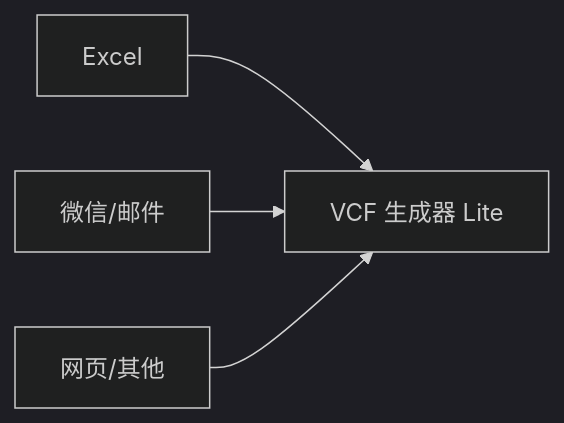
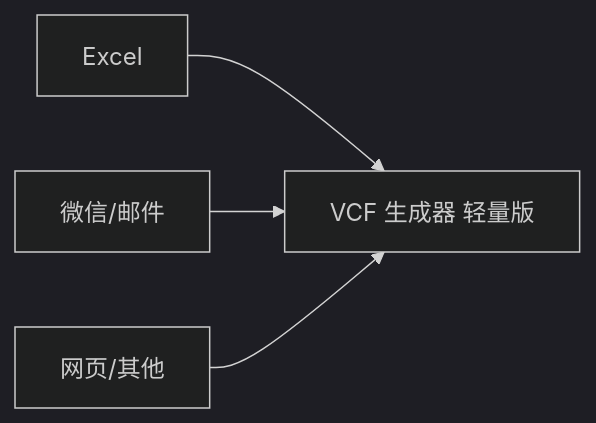
Before and after one commit to hellotool/VCFGeneratorLiteWithTkinter: the diagram in docs/guides/import-contacts.md, drawn with Mermaid (dark theme). The commit also changed other lines of this file and 22 other files, not shown here.

````diff
--- a/docs/guides/import-contacts.md
+++ b/docs/guides/import-contacts.md
@@ -5,6 +5,6 @@
 ```mermaid
 graph LR
-    A[Excel] --> D[VCF 生成器 Lite]
+    A[Excel] --> D[VCF 生成器 轻量版]
     B[微信/邮件] --> D
     C[网页/其他] --> D
 ```
````
